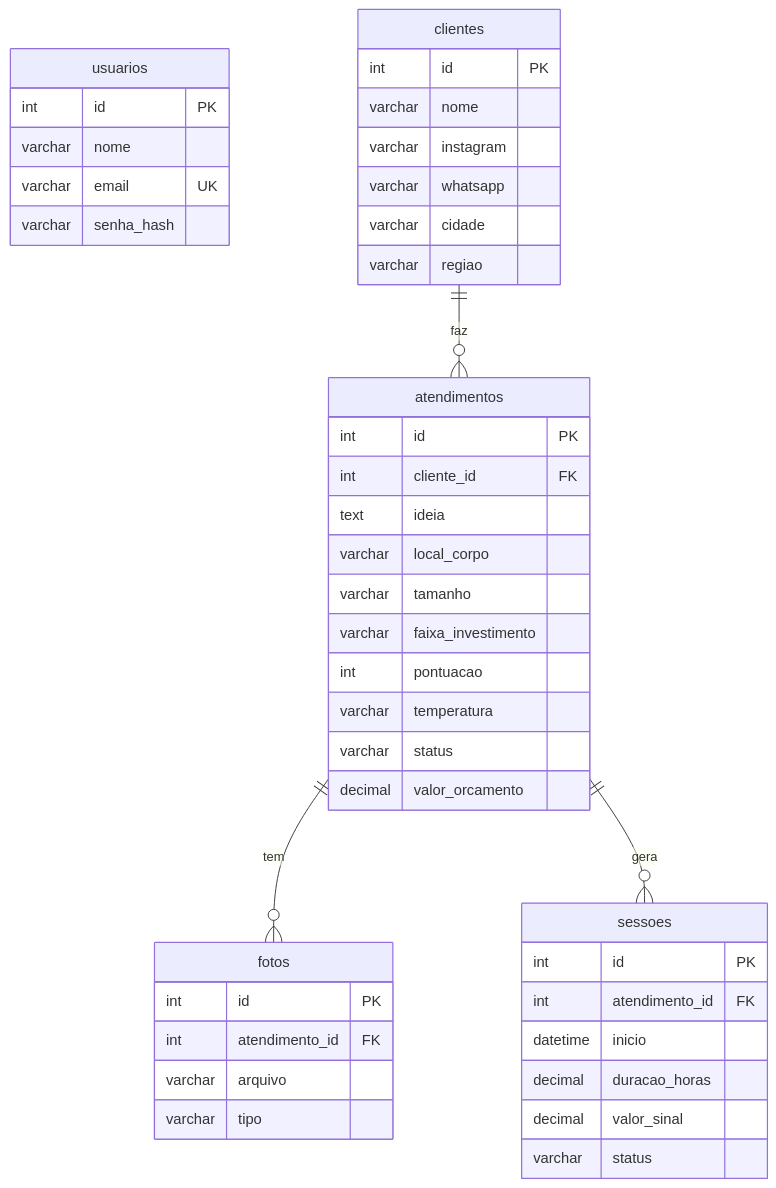
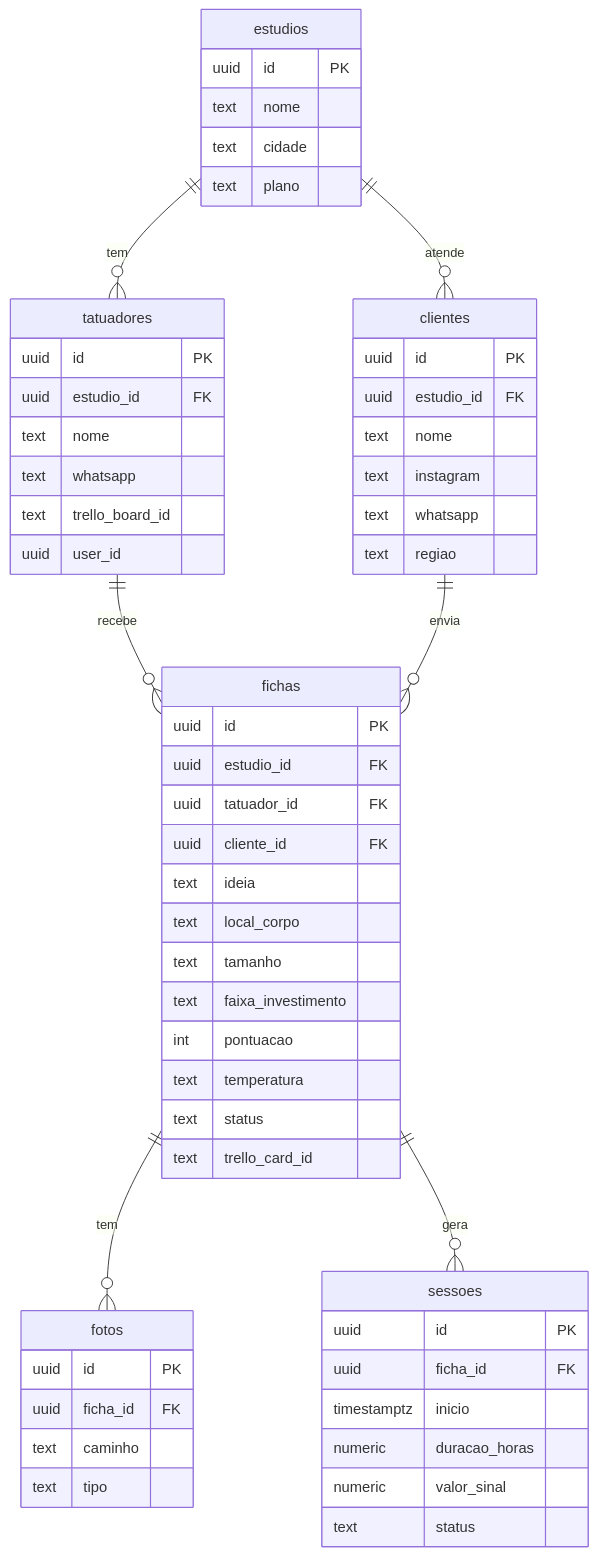
The diagram in docs/modelo-de-dados.md (nikolasrobert/russo-pre-atendimento), drawn with Mermaid before and after one commit. The commit also changed other lines of this file and 2 other files, not shown here.

First line of the commit message:
feat(db): esquema no Supabase com RLS, bucket de fotos e dados de exemplo

````diff
--- a/docs/modelo-de-dados.md
+++ b/docs/modelo-de-dados.md
@@ -5,46 +7,59 @@
 ```mermaid
 erDiagram
-  usuarios {
-    int id PK
-    varchar nome
-    varchar email UK
-    varchar senha_hash
+  estudios ||--o{ tatuadores : "tem"
+  estudios ||--o{ clientes : "atende"
+  tatuadores ||--o{ fichas : "recebe"
+  clientes ||--o{ fichas : "envia"
+  fichas ||--o{ fotos : "tem"
+  fichas ||--o{ sessoes : "gera"
+  estudios {
+    uuid id PK
+    text nome
+    text cidade
+    text plano
   }
-  clientes ||--o{ atendimentos : "faz"
+  tatuadores {
+    uuid id PK
+    uuid estudio_id FK
+    text nome
+    text whatsapp
+    text trello_board_id
+    uuid user_id
+  }
   clientes {
-    int id PK
-    varchar nome
-    varchar instagram
-    varchar whatsapp
-    varchar cidade
-    varchar regiao
+    uuid id PK
+    uuid estudio_id FK
+    text nome
+    text instagram
+    text whatsapp
+    text regiao
   }
-  atendimentos ||--o{ fotos : "tem"
-  atendimentos ||--o{ sessoes : "gera"
-  atendimentos {
-    int id PK
-    int cliente_id FK
+  fichas {
+    uuid id PK
+    uuid estudio_id FK
+    uuid tatuador_id FK
+    uuid cliente_id FK
     text ideia
-    varchar local_corpo
-    varchar tamanho
-    varchar faixa_investimento
+    text local_corpo
+    text tamanho
+    text faixa_investimento
     int pontuacao
-    varchar temperatura
-    varchar status
-    decimal valor_orcamento
+    text temperatura
+    text status
+    text trello_card_id
   }
   fotos {
-    int id PK
-    int atendimento_id FK
-    varchar arquivo
-    varchar tipo
+    uuid id PK
+    uuid ficha_id FK
+    text caminho
+    text tipo
   }
   sessoes {
-    int id PK
-    int atendimento_id FK
-    datetime inicio
-    decimal duracao_horas
-    decimal valor_sinal
-    varchar status
+    uuid id PK
+    uuid ficha_id FK
+    timestamptz inicio
+    numeric duracao_horas
+    numeric valor_sinal
+    text status
   }
 ```
````
